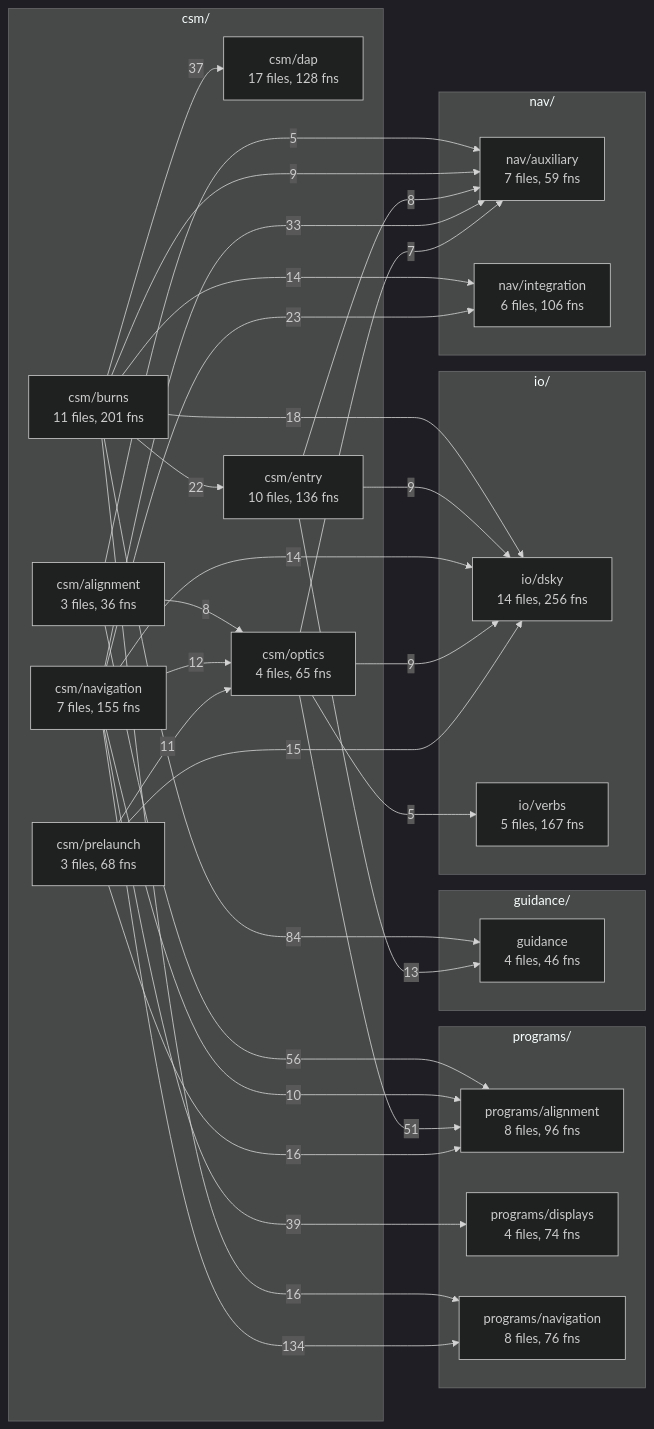
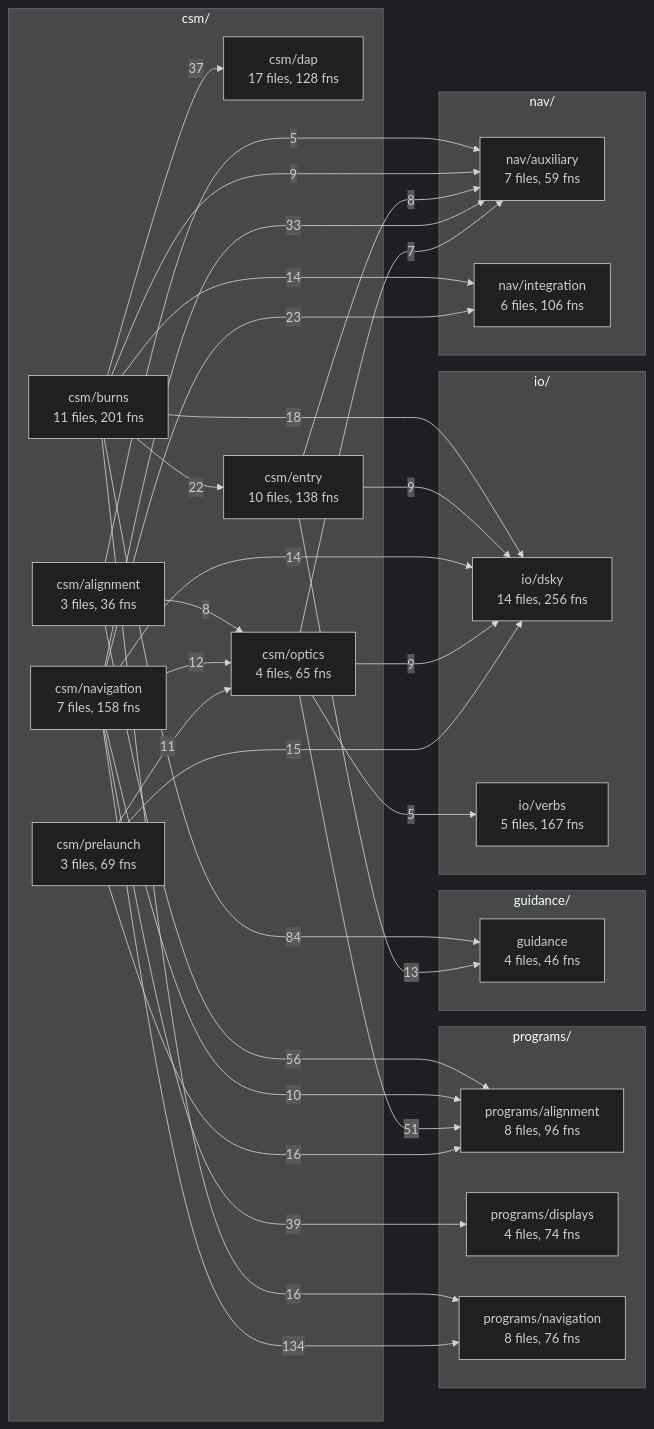
The third of 5 diagrams in docs/overview/README.md (bobjoe400/apollo-c), drawn with Mermaid (dark theme) before and after one commit. The commit also changed other lines of this file and 47 other files, not shown here.

````diff
--- a/docs/overview/README.md
+++ b/docs/overview/README.md
@@ -400,55 +400,55 @@
 ```mermaid
 flowchart LR
     subgraph csm_layer["csm/"]
         csm_alignment["csm/alignment<br/>3 files, 36 fns"]
         csm_burns["csm/burns<br/>11 files, 201 fns"]
         csm_dap["csm/dap<br/>17 files, 128 fns"]
-        csm_entry["csm/entry<br/>10 files, 136 fns"]
-        csm_navigation["csm/navigation<br/>7 files, 155 fns"]
+        csm_entry["csm/entry<br/>10 files, 138 fns"]
+        csm_navigation["csm/navigation<br/>7 files, 158 fns"]
         csm_optics["csm/optics<br/>4 files, 65 fns"]
-        csm_prelaunch["csm/prelaunch<br/>3 files, 68 fns"]
+        csm_prelaunch["csm/prelaunch<br/>3 files, 69 fns"]
     end
     subgraph programs_layer["programs/"]
         programs_alignment["programs/alignment<br/>8 files, 96 fns"]
         programs_displays["programs/displays<br/>4 files, 74 fns"]
         programs_navigation["programs/navigation<br/>8 files, 76 fns"]
     end
     subgraph guidance_layer["guidance/"]
         guidance["guidance<br/>4 files, 46 fns"]
     end
     subgraph io_layer["io/"]
         io_dsky["io/dsky<br/>14 files, 256 fns"]
         io_verbs["io/verbs<br/>5 files, 167 fns"]
     end
     subgraph nav_layer["nav/"]
         nav_auxiliary["nav/auxiliary<br/>7 files, 59 fns"]
         nav_integration["nav/integration<br/>6 files, 106 fns"]
     end
     csm_alignment -->|8| csm_optics
     csm_alignment -->|5| nav_auxiliary
     csm_alignment -->|56| programs_alignment
     csm_burns -->|37| csm_dap
     csm_burns -->|22| csm_entry
     csm_burns -->|84| guidance
     csm_burns -->|18| io_dsky
     csm_burns -->|9| nav_auxiliary
     csm_burns -->|14| nav_integration
     csm_burns -->|16| programs_navigation
     csm_entry -->|13| guidance
     csm_entry -->|9| io_dsky
     csm_entry -->|8| nav_auxiliary
     csm_navigation -->|12| csm_optics
     csm_navigation -->|14| io_dsky
     csm_navigation -->|33| nav_auxiliary
     csm_navigation -->|23| nav_integration
     csm_navigation -->|10| programs_alignment
     csm_navigation -->|39| programs_displays
     csm_navigation -->|134| programs_navigation
     csm_optics -->|9| io_dsky
     csm_optics -->|5| io_verbs
     csm_optics -->|7| nav_auxiliary
     csm_optics -->|51| programs_alignment
     csm_prelaunch -->|11| csm_optics
     csm_prelaunch -->|15| io_dsky
     csm_prelaunch -->|16| programs_alignment
 ```
````
